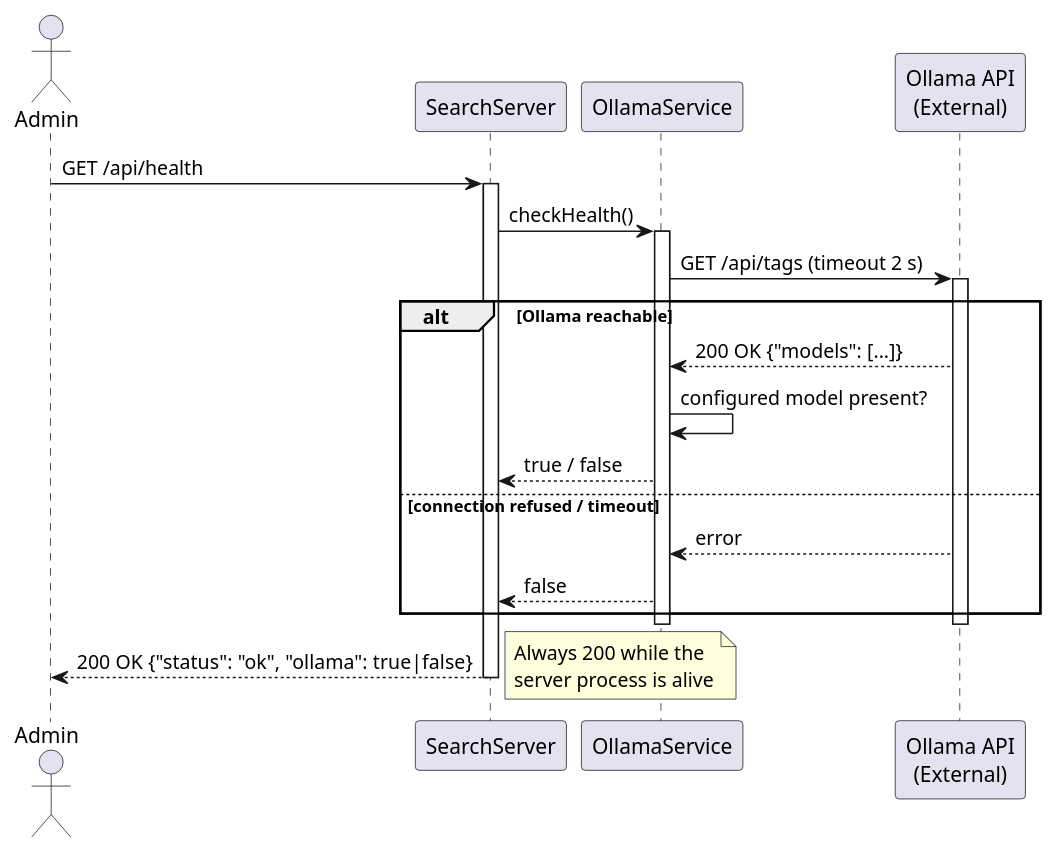
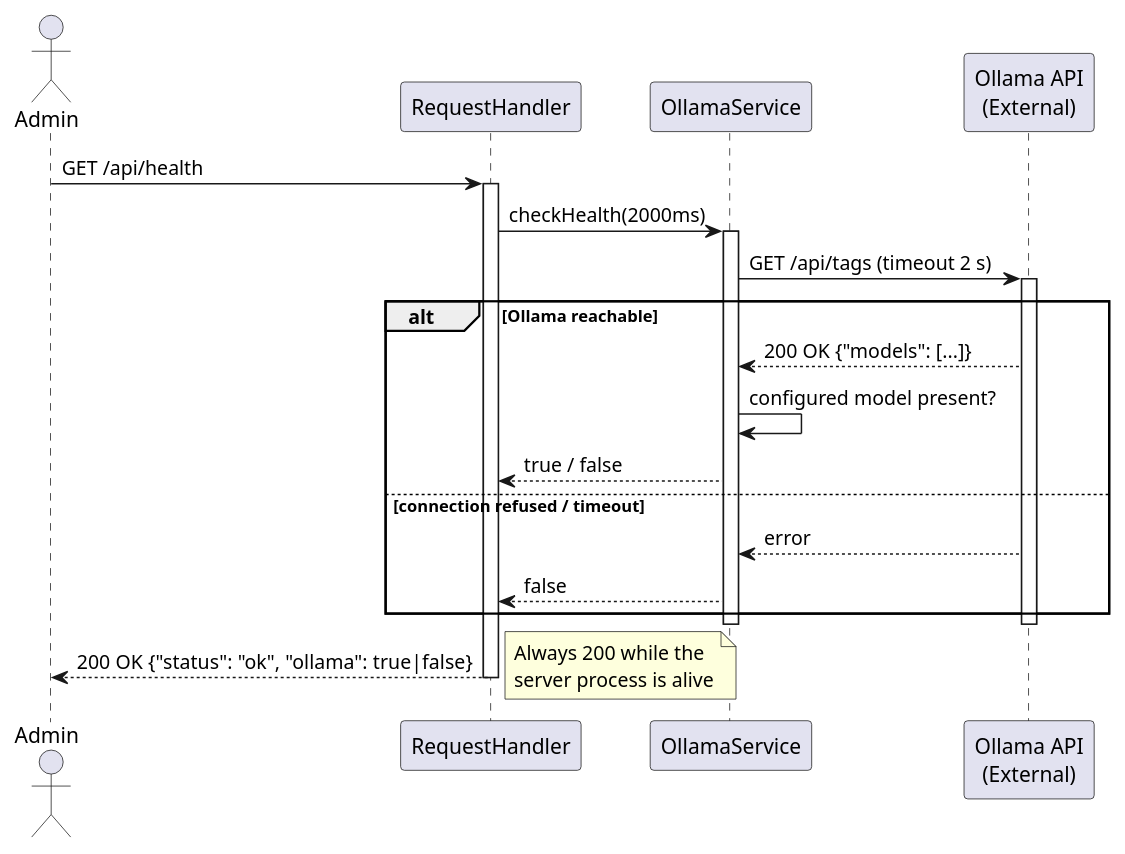
Before and after one commit to fannulain/Concurrent-Search-Engine: the diagram in docs/diagrams/md/sequence_diagram_health.md, drawn with PlantUML. The commit also changed 11 other files, not shown here.

Commit message:
docs: sync UML class and sequence diagrams with final implementation

```diff
--- a/docs/diagrams/md/sequence_diagram_health.md
+++ b/docs/diagrams/md/sequence_diagram_health.md
@@ -1,26 +1,26 @@
 @startuml
 actor Admin
-participant "SearchServer" as Server
+participant "RequestHandler" as Handler
 participant "OllamaService" as OllamaSvc
 participant "Ollama API\n(External)" as OllamaAPI
 
-Admin -> Server : GET /api/health
-activate Server
-Server -> OllamaSvc : checkHealth()
+Admin -> Handler : GET /api/health
+activate Handler
+Handler -> OllamaSvc : checkHealth(2000ms)
 activate OllamaSvc
 OllamaSvc -> OllamaAPI : GET /api/tags (timeout 2 s)
 activate OllamaAPI
 alt Ollama reachable
     OllamaAPI --> OllamaSvc : 200 OK {"models": [...]}
     OllamaSvc -> OllamaSvc : configured model present?
-    OllamaSvc --> Server : true / false
+    OllamaSvc --> Handler : true / false
 else connection refused / timeout
     OllamaAPI --> OllamaSvc : error
-    OllamaSvc --> Server : false
+    OllamaSvc --> Handler : false
 end
 deactivate OllamaAPI
 deactivate OllamaSvc
-Server --> Admin : 200 OK {"status": "ok", "ollama": true|false}
+Handler --> Admin : 200 OK {"status": "ok", "ollama": true|false}
 note right: Always 200 while the\nserver process is alive
-deactivate Server
+deactivate Handler
 @enduml
```
